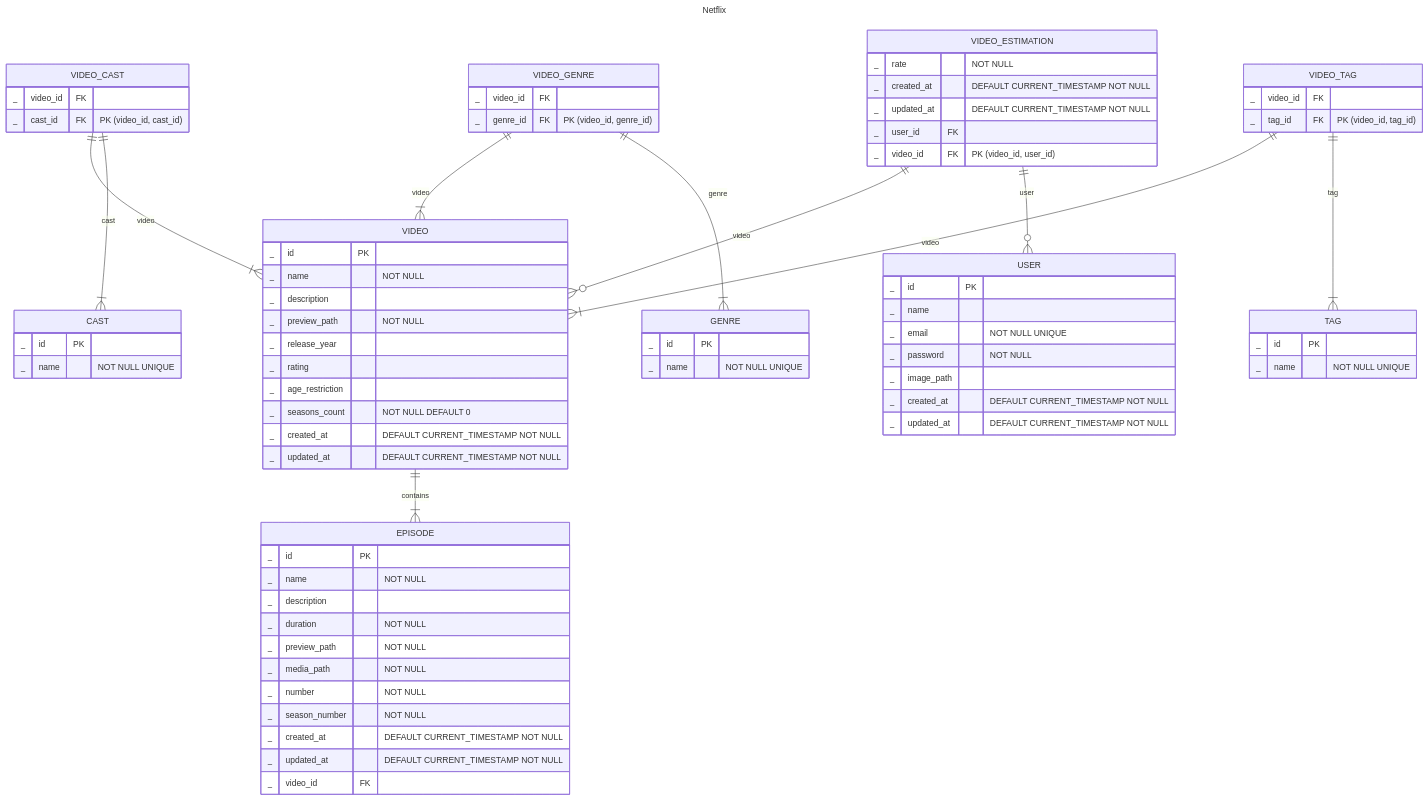
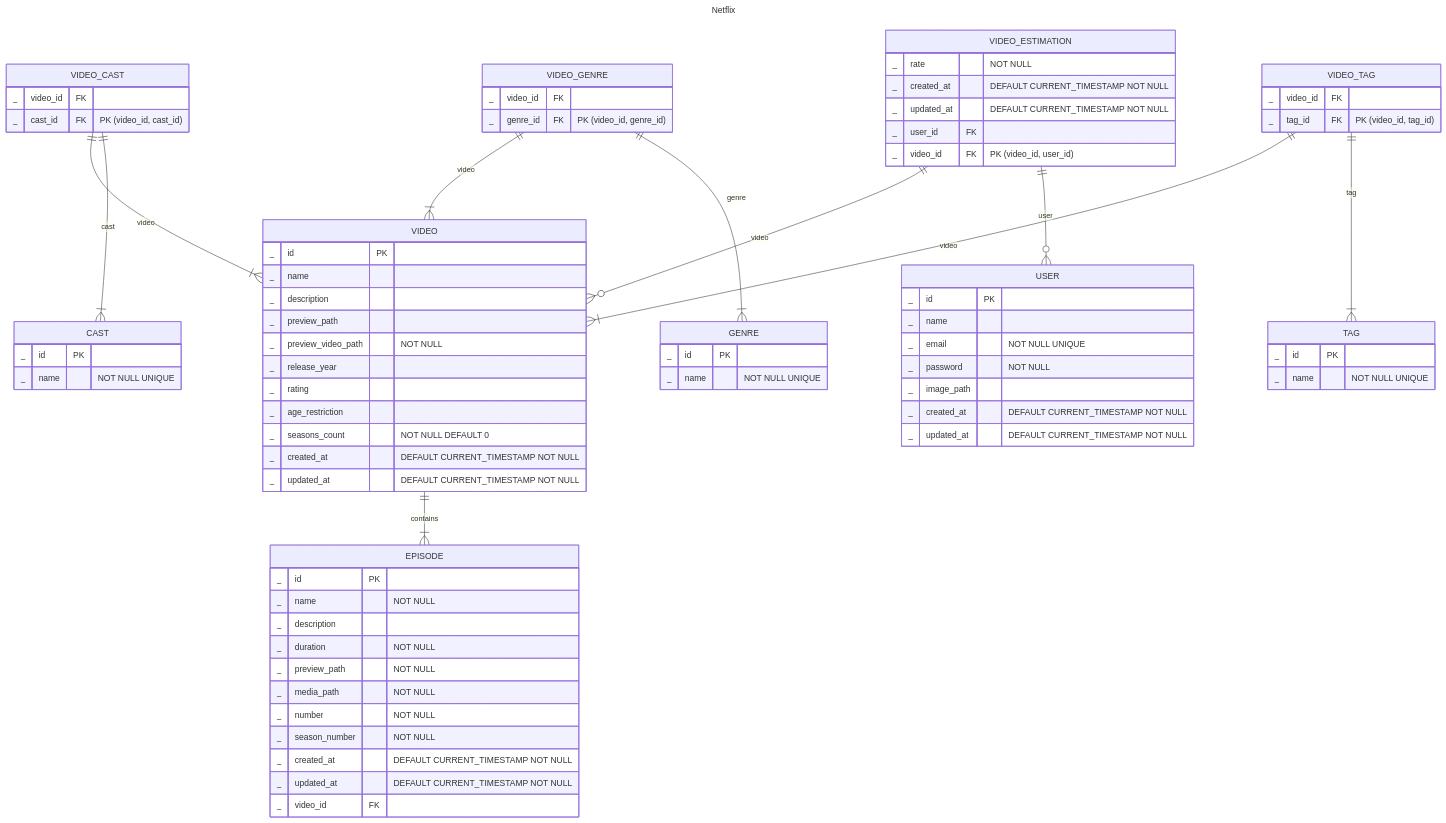
One commit to go-park-mail-ru/2023_2_Holi changed the diagram in db/ER.md. Above: the diagram before and after it, drawn with Mermaid. The commit also changed 1 other file, not shown here.

Commit message:
fixed video tabel

```diff
--- a/db/ER.md
+++ b/db/ER.md
@@ -48,9 +48,10 @@
 erDiagram
     VIDEO {
         _ id PK
-        _ name "NOT NULL"
+        _ name
         _ description
-        _ preview_path "NOT NULL"
+        _ preview_path
+        _ preview_video_path "NOT NULL"
         _ release_year
         _ rating
         _ age_restriction
```
